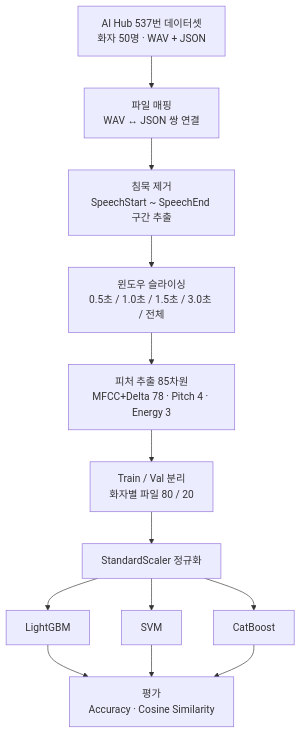
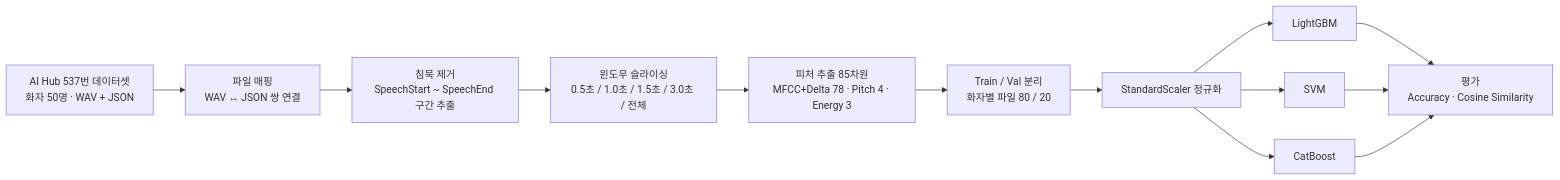
The diagram in README.md (jinbaaaaaang/speaker-recognition-time-series), drawn with Mermaid before and after one commit.

Commit message:
fix: README.md 수정

````diff
--- a/README.md
+++ b/README.md
@@ -13,15 +13,15 @@
 ```mermaid
-flowchart TD
+flowchart LR
     A[AI Hub 537번 데이터셋\n화자 50명 · WAV + JSON] --> B[파일 매핑\nWAV ↔ JSON 쌍 연결]
     B --> C[침묵 제거\nSpeechStart ~ SpeechEnd 구간 추출]
     C --> D[윈도우 슬라이싱\n0.5초 / 1.0초 / 1.5초 / 3.0초 / 전체]
     D --> E[피처 추출 85차원\nMFCC+Delta 78 · Pitch 4 · Energy 3]
     E --> F[Train / Val 분리\n화자별 파일 80 / 20]
     F --> G[StandardScaler 정규화]
     G --> H1[LightGBM]
     G --> H2[SVM]
     G --> H3[CatBoost]
     H1 --> I[평가\nAccuracy · Cosine Similarity]
     H2 --> I
     H3 --> I
 ```
````
